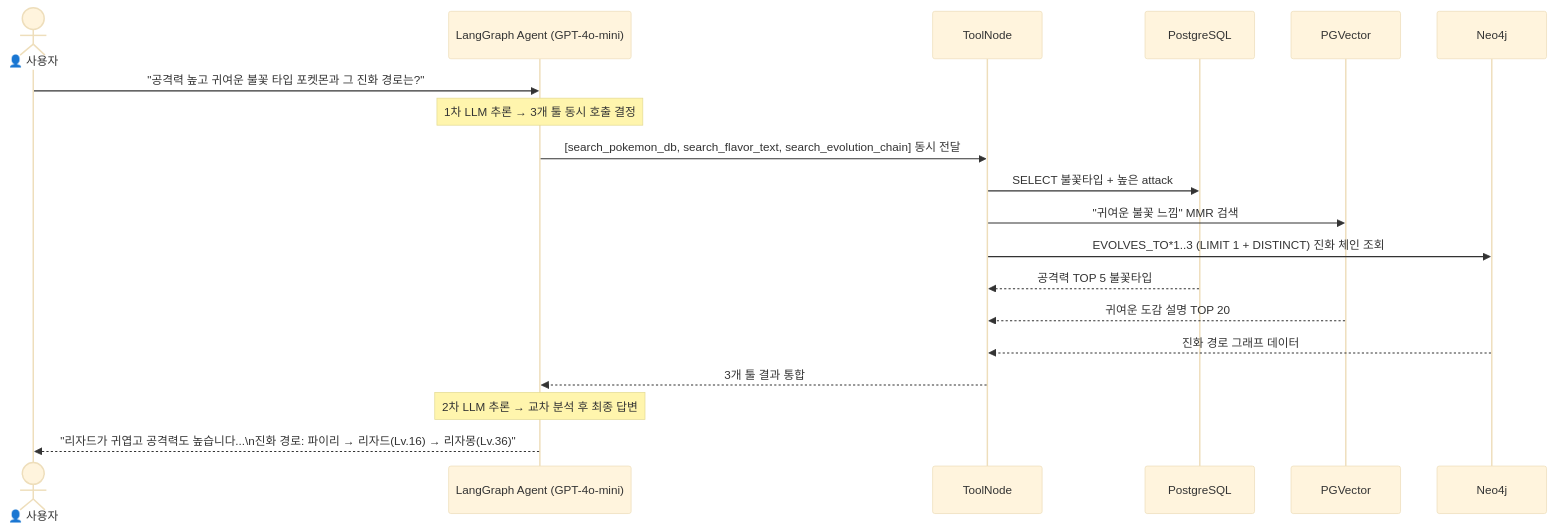
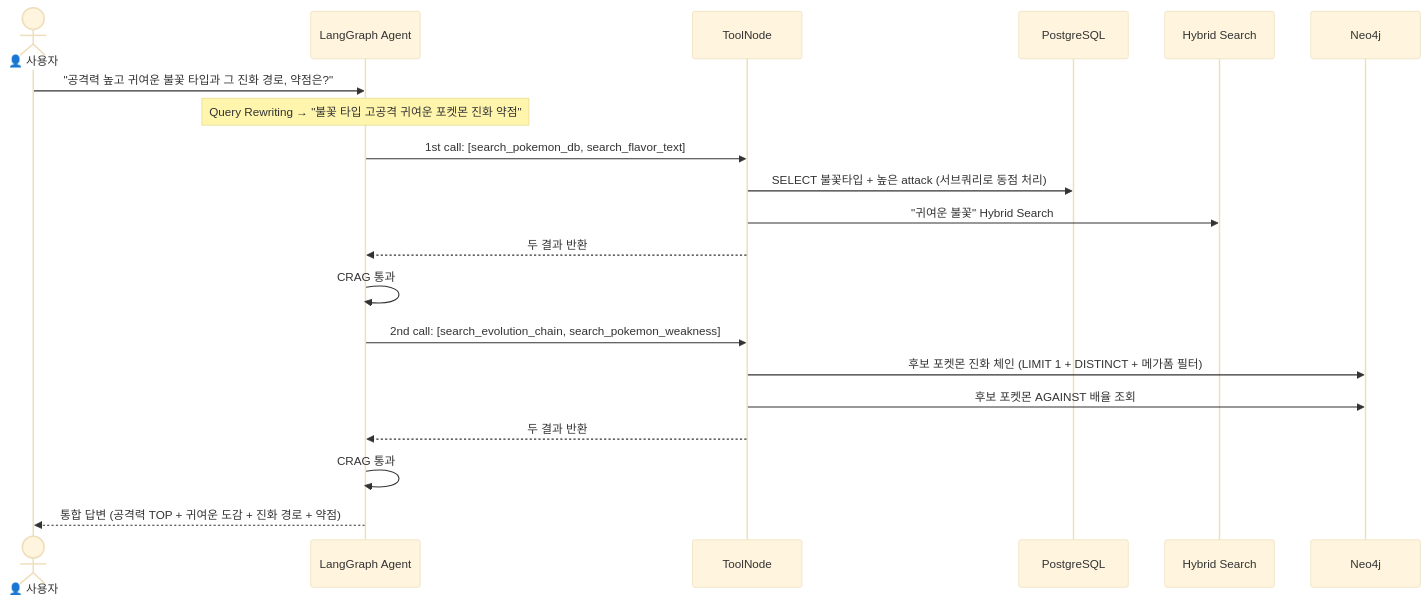
Before and after one commit to SKNETWORKS-FAMILY-AICAMP/SKN27-3rd-3TEAM: the sixth of 9 diagrams in docs/챗봇/04_시퀀스다이어그램.md, drawn with Mermaid (base theme). The commit also changed other lines of this file and 10 other files, not shown here.

````diff
--- a/docs/챗봇/04_시퀀스다이어그램.md
+++ b/docs/챗봇/04_시퀀스다이어그램.md
@@ -104,26 +168,27 @@
 ```mermaid
 sequenceDiagram
     actor User as 👤 사용자
-    participant AG as LangGraph Agent (GPT-4o-mini)
+    participant AG as LangGraph Agent
     participant TN as ToolNode
     participant PG as PostgreSQL
-    participant VEC as PGVector
+    participant HYB as Hybrid Search
     participant N4J as Neo4j
 
-    User->>AG: "공격력 높고 귀여운 불꽃 타입 포켓몬과 그 진화 경로는?"
+    User->>AG: "공격력 높고 귀여운 불꽃 타입과 그 진화 경로, 약점은?"
 
-    Note over AG: 1차 LLM 추론 → 3개 툴 동시 호출 결정
-    AG->>TN: [search_pokemon_db, search_flavor_text, search_evolution_chain] 동시 전달
-    TN->>PG: SELECT 불꽃타입 + 높은 attack
-    TN->>VEC: "귀여운 불꽃 느낌" MMR 검색
-    TN->>N4J: EVOLVES_TO*1..3 (LIMIT 1 + DISTINCT) 진화 체인 조회
+    Note over AG: Query Rewriting → "불꽃 타입 고공격 귀여운 포켓몬 진화 약점"
 
-    PG-->>TN: 공격력 TOP 5 불꽃타입
-    VEC-->>TN: 귀여운 도감 설명 TOP 20
-    N4J-->>TN: 진화 경로 그래프 데이터
+    AG->>TN: 1st call: [search_pokemon_db, search_flavor_text]
+    TN->>PG: SELECT 불꽃타입 + 높은 attack (서브쿼리로 동점 처리)
+    TN->>HYB: "귀여운 불꽃" Hybrid Search
+    TN-->>AG: 두 결과 반환
+    AG->>AG: CRAG 통과
 
-    TN-->>AG: 3개 툴 결과 통합
+    AG->>TN: 2nd call: [search_evolution_chain, search_pokemon_weakness]
+    TN->>N4J: 후보 포켓몬 진화 체인 (LIMIT 1 + DISTINCT + 메가폼 필터)
+    TN->>N4J: 후보 포켓몬 AGAINST 배율 조회
+    TN-->>AG: 두 결과 반환
+    AG->>AG: CRAG 통과
 
-    Note over AG: 2차 LLM 추론 → 교차 분석 후 최종 답변
-    AG-->>User: "리자드가 귀엽고 공격력도 높습니다...\n진화 경로: 파이리 → 리자드(Lv.16) → 리자몽(Lv.36)"
+    AG-->>User: 통합 답변 (공격력 TOP + 귀여운 도감 + 진화 경로 + 약점)
 ```
````
